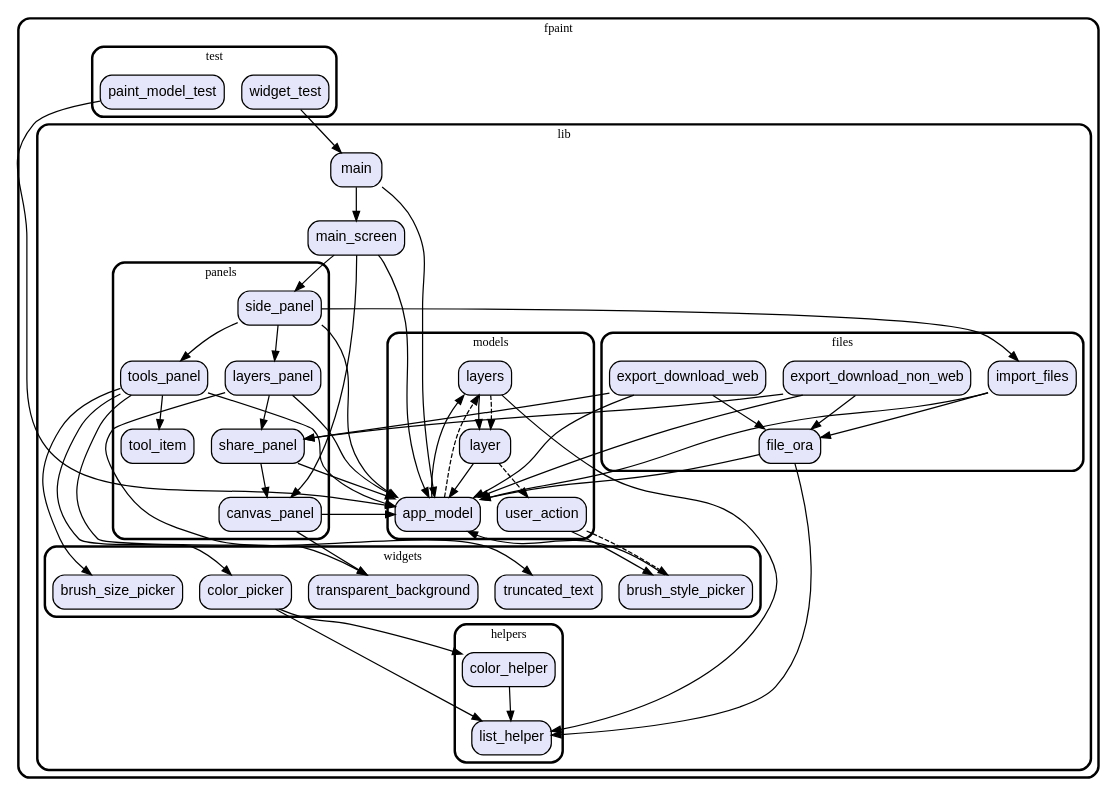
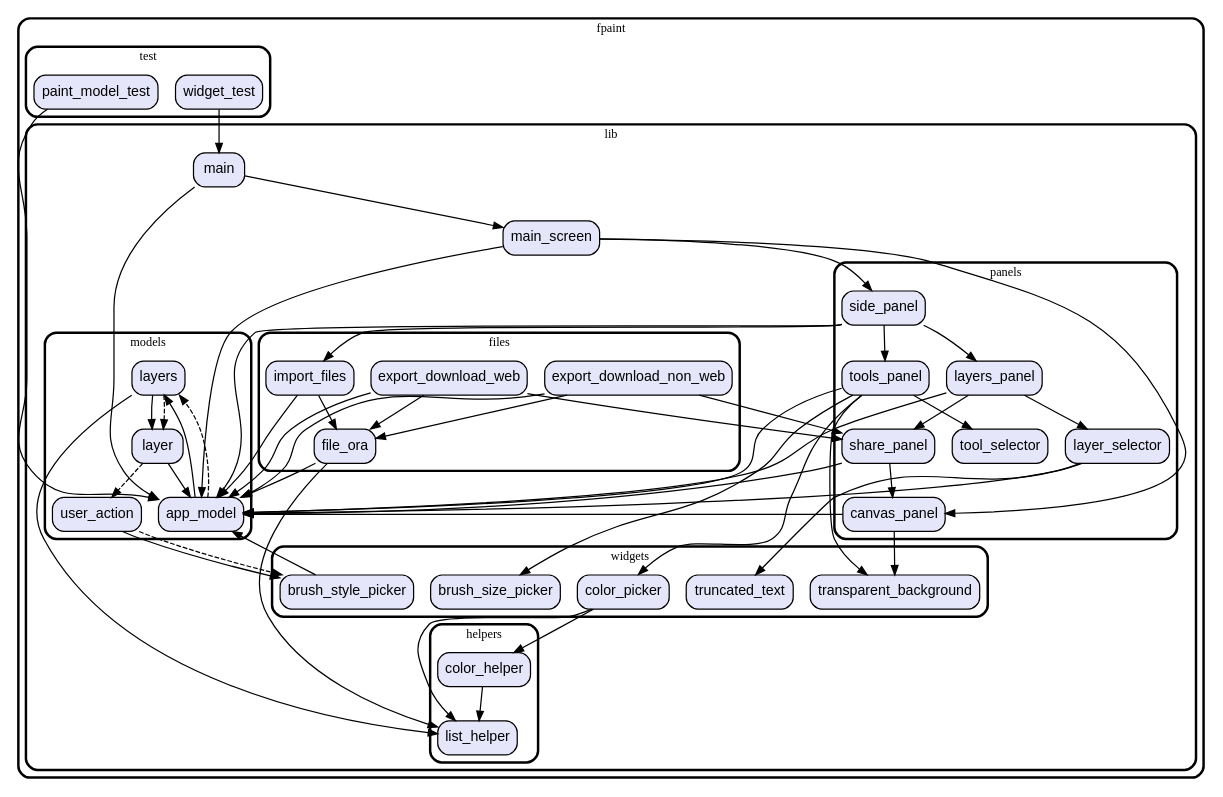
One commit to vteam-com/fPaint changed the diagram in graph.dot. Above: the diagram before and after it, drawn with Graphviz. The commit also changed 8 other files, not shown here.

Commit message:
refactor layer_selector

```diff
--- a/graph.dot
+++ b/graph.dot
@@ -1,125 +1,129 @@
 digraph "" {
   graph [style=rounded fontname="Arial Black" fontsize=13 penwidth=2.6];
   node [shape=rect style="filled,rounded" fontname=Arial fontsize=15 fillcolor=Lavender penwidth=1.3];
   edge [penwidth=1.3];
   "/test/paint_model_test.dart" [label="paint_model_test"];
   "/test/widget_test.dart" [label="widget_test"];
+  "/lib/panels/tool_selector.dart" [label="tool_selector"];
   "/lib/panels/canvas_panel.dart" [label="canvas_panel"];
+  "/lib/panels/layer_selector.dart" [label="layer_selector"];
   "/lib/panels/side_panel.dart" [label="side_panel"];
-  "/lib/panels/tool_item.dart" [label="tool_item"];
   "/lib/panels/share_panel.dart" [label="share_panel"];
   "/lib/panels/tools_panel.dart" [label="tools_panel"];
   "/lib/panels/layers_panel.dart" [label="layers_panel"];
   "/lib/models/layers.dart" [label="layers"];
   "/lib/models/user_action.dart" [label="user_action"];
   "/lib/models/app_model.dart" [label="app_model"];
   "/lib/models/layer.dart" [label="layer"];
   "/lib/main.dart" [label="main"];
   "/lib/files/export_download_web.dart" [label="export_download_web"];
   "/lib/files/file_ora.dart" [label="file_ora"];
   "/lib/files/export_download_non_web.dart" [label="export_download_non_web"];
   "/lib/files/import_files.dart" [label="import_files"];
   "/lib/main_screen.dart" [label="main_screen"];
   "/lib/helpers/list_helper.dart" [label="list_helper"];
   "/lib/helpers/color_helper.dart" [label="color_helper"];
   "/lib/widgets/truncated_text.dart" [label="truncated_text"];
   "/lib/widgets/brush_size_picker.dart" [label="brush_size_picker"];
   "/lib/widgets/transparent_background.dart" [label="transparent_background"];
   "/lib/widgets/brush_style_picker.dart" [label="brush_style_picker"];
   "/lib/widgets/color_picker.dart" [label="color_picker"];
   subgraph "cluster~" {
     label="fpaint";
     subgraph "cluster~/test" {
       label="test";
       "/test/paint_model_test.dart";
       "/test/widget_test.dart";
     }
     subgraph "cluster~/lib" {
       label="lib";
       "/lib/main.dart";
       "/lib/main_screen.dart";
       subgraph "cluster~/lib/panels" {
         label="panels";
+        "/lib/panels/tool_selector.dart";
         "/lib/panels/canvas_panel.dart";
+        "/lib/panels/layer_selector.dart";
         "/lib/panels/side_panel.dart";
-        "/lib/panels/tool_item.dart";
         "/lib/panels/share_panel.dart";
         "/lib/panels/tools_panel.dart";
         "/lib/panels/layers_panel.dart";
       }
       subgraph "cluster~/lib/models" {
         label="models";
         "/lib/models/layers.dart";
         "/lib/models/user_action.dart";
         "/lib/models/app_model.dart";
         "/lib/models/layer.dart";
       }
       subgraph "cluster~/lib/files" {
         label="files";
         "/lib/files/export_download_web.dart";
         "/lib/files/file_ora.dart";
         "/lib/files/export_download_non_web.dart";
         "/lib/files/import_files.dart";
       }
       subgraph "cluster~/lib/helpers" {
         label="helpers";
         "/lib/helpers/list_helper.dart";
         "/lib/helpers/color_helper.dart";
       }
       subgraph "cluster~/lib/widgets" {
         label="widgets";
         "/lib/widgets/truncated_text.dart";
         "/lib/widgets/brush_size_picker.dart";
         "/lib/widgets/transparent_background.dart";
         "/lib/widgets/brush_style_picker.dart";
         "/lib/widgets/color_picker.dart";
       }
     }
   }
   "/test/paint_model_test.dart" -> "/lib/models/app_model.dart";
   "/test/widget_test.dart" -> "/lib/main.dart";
   "/lib/panels/canvas_panel.dart" -> "/lib/models/app_model.dart";
   "/lib/panels/canvas_panel.dart" -> "/lib/widgets/transparent_background.dart";
+  "/lib/panels/layer_selector.dart" -> "/lib/models/app_model.dart";
+  "/lib/panels/layer_selector.dart" -> "/lib/widgets/truncated_text.dart";
   "/lib/panels/side_panel.dart" -> "/lib/files/import_files.dart";
   "/lib/panels/side_panel.dart" -> "/lib/models/app_model.dart";
   "/lib/panels/side_panel.dart" -> "/lib/panels/layers_panel.dart";
   "/lib/panels/side_panel.dart" -> "/lib/panels/tools_panel.dart";
   "/lib/panels/share_panel.dart" -> "/lib/models/app_model.dart";
   "/lib/panels/share_panel.dart" -> "/lib/panels/canvas_panel.dart";
   "/lib/panels/tools_panel.dart" -> "/lib/models/app_model.dart";
-  "/lib/panels/tools_panel.dart" -> "/lib/panels/tool_item.dart";
+  "/lib/panels/tools_panel.dart" -> "/lib/panels/tool_selector.dart";
   "/lib/panels/tools_panel.dart" -> "/lib/widgets/brush_size_picker.dart";
   "/lib/panels/tools_panel.dart" -> "/lib/widgets/color_picker.dart";
   "/lib/panels/tools_panel.dart" -> "/lib/widgets/transparent_background.dart";
   "/lib/panels/layers_panel.dart" -> "/lib/models/app_model.dart";
+  "/lib/panels/layers_panel.dart" -> "/lib/panels/layer_selector.dart";
   "/lib/panels/layers_panel.dart" -> "/lib/panels/share_panel.dart";
-  "/lib/panels/layers_panel.dart" -> "/lib/widgets/truncated_text.dart";
   "/lib/models/layers.dart" -> "/lib/helpers/list_helper.dart";
   "/lib/models/layers.dart" -> "/lib/models/layer.dart";
   "/lib/models/layers.dart" -> "/lib/models/layer.dart" [style=dashed];
   "/lib/models/user_action.dart" -> "/lib/widgets/brush_style_picker.dart";
   "/lib/models/user_action.dart" -> "/lib/widgets/brush_style_picker.dart" [style=dashed];
   "/lib/models/app_model.dart" -> "/lib/models/layers.dart";
   "/lib/models/app_model.dart" -> "/lib/models/layers.dart" [style=dashed];
   "/lib/models/layer.dart" -> "/lib/models/app_model.dart";
   "/lib/models/layer.dart" -> "/lib/models/user_action.dart" [style=dashed];
   "/lib/main.dart" -> "/lib/main_screen.dart";
   "/lib/main.dart" -> "/lib/models/app_model.dart";
   "/lib/files/export_download_web.dart" -> "/lib/files/file_ora.dart";
   "/lib/files/export_download_web.dart" -> "/lib/models/app_model.dart";
   "/lib/files/export_download_web.dart" -> "/lib/panels/share_panel.dart";
   "/lib/files/file_ora.dart" -> "/lib/helpers/list_helper.dart";
   "/lib/files/file_ora.dart" -> "/lib/models/app_model.dart";
   "/lib/files/export_download_non_web.dart" -> "/lib/files/file_ora.dart";
   "/lib/files/export_download_non_web.dart" -> "/lib/models/app_model.dart";
   "/lib/files/export_download_non_web.dart" -> "/lib/panels/share_panel.dart";
   "/lib/files/import_files.dart" -> "/lib/files/file_ora.dart";
   "/lib/files/import_files.dart" -> "/lib/models/app_model.dart";
   "/lib/main_screen.dart" -> "/lib/panels/canvas_panel.dart";
   "/lib/main_screen.dart" -> "/lib/panels/side_panel.dart";
   "/lib/main_screen.dart" -> "/lib/models/app_model.dart";
   "/lib/helpers/color_helper.dart" -> "/lib/helpers/list_helper.dart";
   "/lib/widgets/brush_style_picker.dart" -> "/lib/models/app_model.dart";
   "/lib/widgets/color_picker.dart" -> "/lib/helpers/color_helper.dart";
   "/lib/widgets/color_picker.dart" -> "/lib/helpers/list_helper.dart";
 }
```
